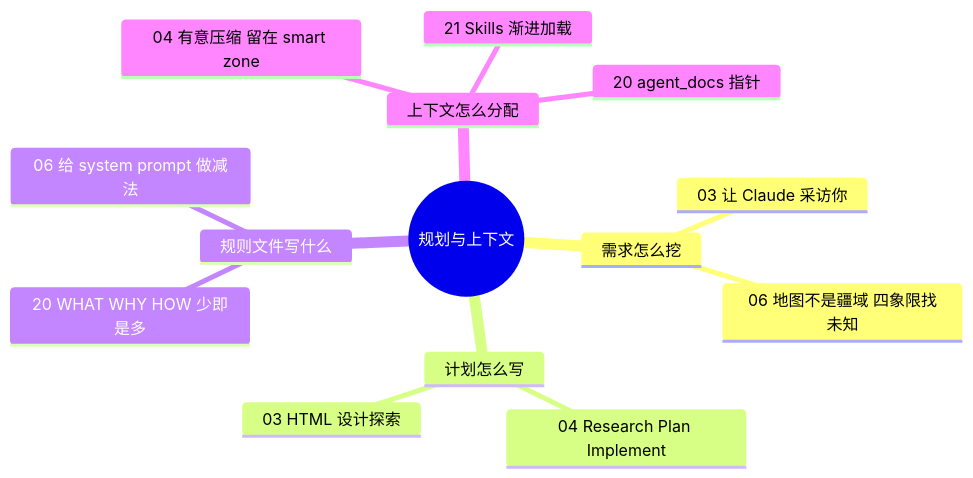
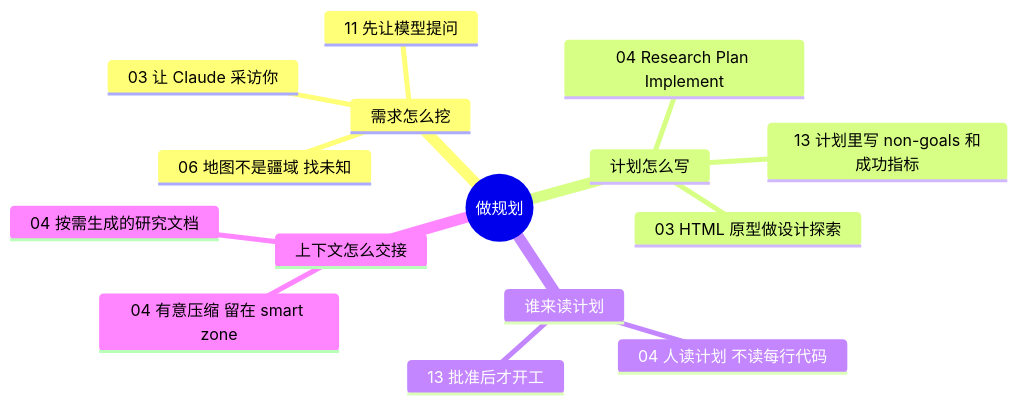
The diagram in docs/guide/planning.md (yzw7489757/ai-coding-videos), drawn with Mermaid before and after one commit. The commit also changed other lines of this file and 46 other files, not shown here.

````diff
--- a/docs/guide/planning.md
+++ b/docs/guide/planning.md
@@ -13,17 +13,18 @@
 ```mermaid
 mindmap
-  root((规划与上下文))
+  root((做规划))
     需求怎么挖
       03 让 Claude 采访你
-      06 地图不是疆域 四象限找未知
+      06 地图不是疆域 找未知
+      11 先让模型提问
     计划怎么写
       04 Research Plan Implement
-      03 HTML 设计探索
-    规则文件写什么
-      20 WHAT WHY HOW 少即是多
-      06 给 system prompt 做减法
-    上下文怎么分配
+      13 计划里写 non-goals 和成功指标
+      03 HTML 原型做设计探索
+    谁来读计划
+      04 人读计划 不读每行代码
+      13 批准后才开工
+    上下文怎么交接
       04 有意压缩 留在 smart zone
-      21 Skills 渐进加载
-      20 agent_docs 指针
+      04 按需生成的研究文档
 ```
````
